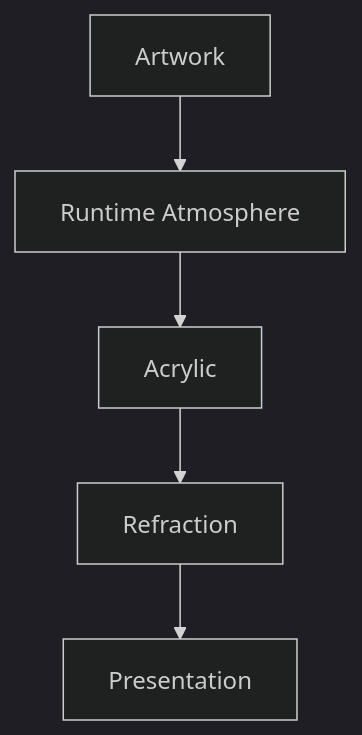
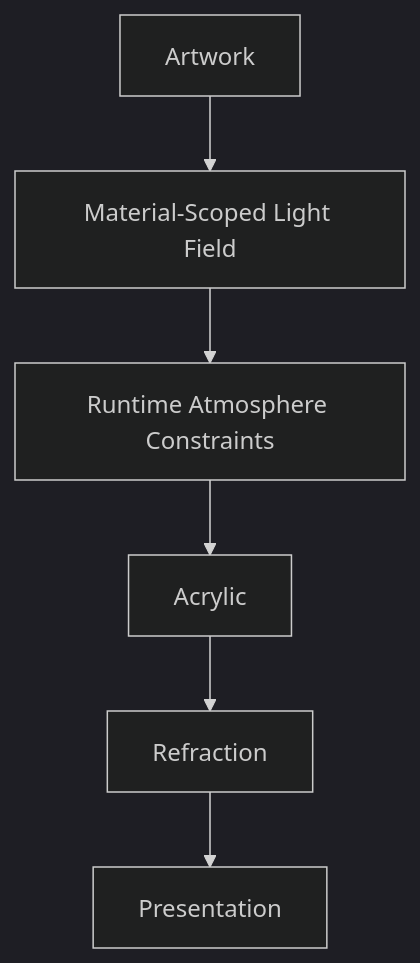
One commit to mosaic-media/architecture changed the third of 5 diagrams in docs/design/system/mds-003-material-system/04-acrylic.md. Above: the diagram before and after it, drawn with Mermaid (dark theme). The commit also changed other lines of this file and 12 other files, not shown here.

Commit message:
docs(mds-003): define refraction architecture

````diff
--- a/docs/design/system/mds-003-material-system/04-acrylic.md
+++ b/docs/design/system/mds-003-material-system/04-acrylic.md
@@ -205,14 +225,16 @@
 ```mermaid
 flowchart TD
 
 N1["Artwork"]
-N2["Runtime Atmosphere"]
-N3["Acrylic"]
-N4["Refraction"]
-N5["Presentation"]
+N2["Material-Scoped Light Field"]
+N3["Runtime Atmosphere Constraints"]
+N4["Acrylic"]
+N5["Refraction"]
+N6["Presentation"]
 
 N1 --> N2
 N2 --> N3
 N3 --> N4
 N4 --> N5
+N5 --> N6
 ```
````
